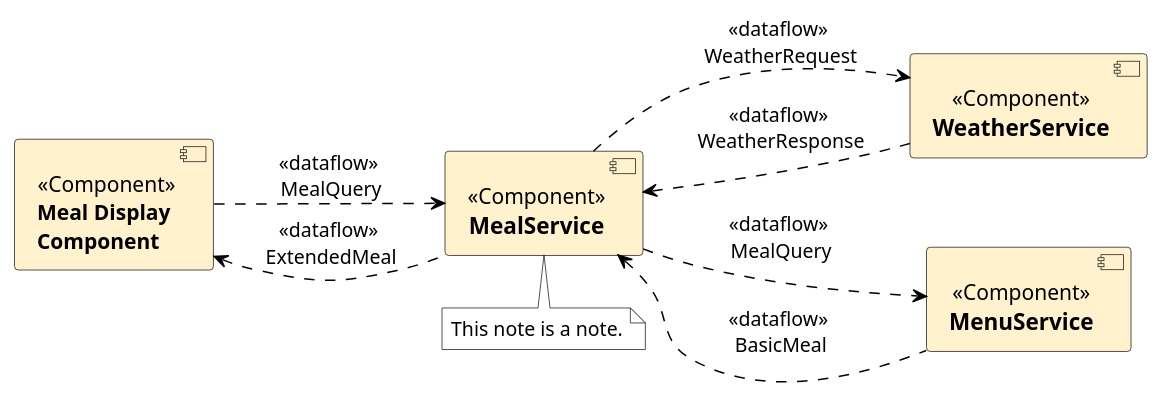
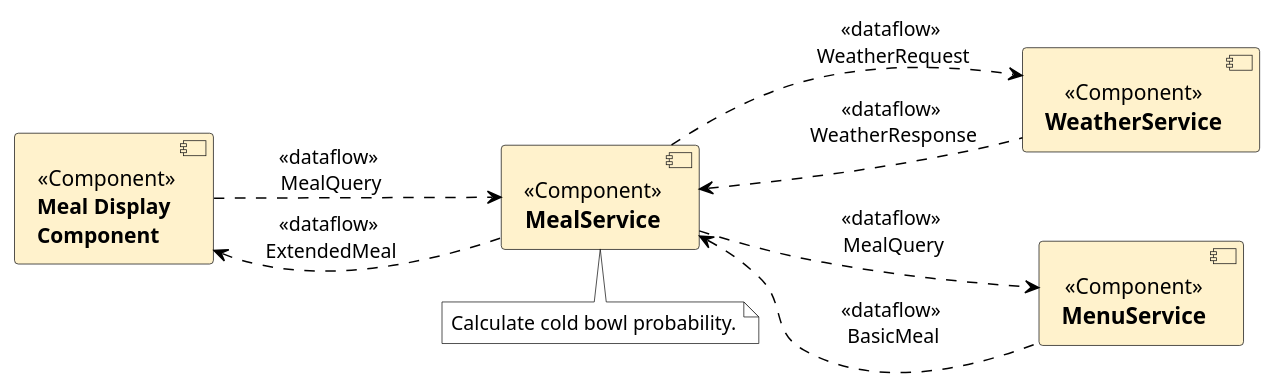
Before and after one commit to YanChunChang/BA_Plantuml: the diagram in what2eat/4.2-system-structure.plantuml, drawn with PlantUML.

Commit message:
:fix wrong text in 4.2

```diff
--- a/what2eat/4.2-system-structure.plantuml
+++ b/what2eat/4.2-system-structure.plantuml
@@ -1,25 +1,25 @@
 @startuml solution approach
 left to right direction
 skinparam component {
     backgroundColor<<Component>> #fff2cc
     FontStyle normal
 }
 
 [**Meal** **Display** \n**Component**] <<Component>> as a
 [===MealService] <<Component>> as b
 [===WeatherService] <<Component>> as c
 [===MenuService] <<Component>> as d
 
 a --> b  #black;line.dashed;:<<dataflow>>\n MealQuery
 a <-- b  #black;line.dashed;:<<dataflow>>\n ExtendedMeal
 
 b --> c  #black;line.dashed;:<<dataflow>>\n WeatherRequest
 b <-- c  #black;line.dashed;:<<dataflow>>\n WeatherResponse
 
 b --> d  #black;line.dashed;:<<dataflow>>\n MealQuery
 b <-- d  #black;line.dashed;:<<dataflow>>\n BasicMeal
 
-note "This note is a note." as n #ffffff
+note "Calculate cold bowl probability." as n #ffffff
 n -left- b  #black;line.dashed;
 
 @enduml
```
